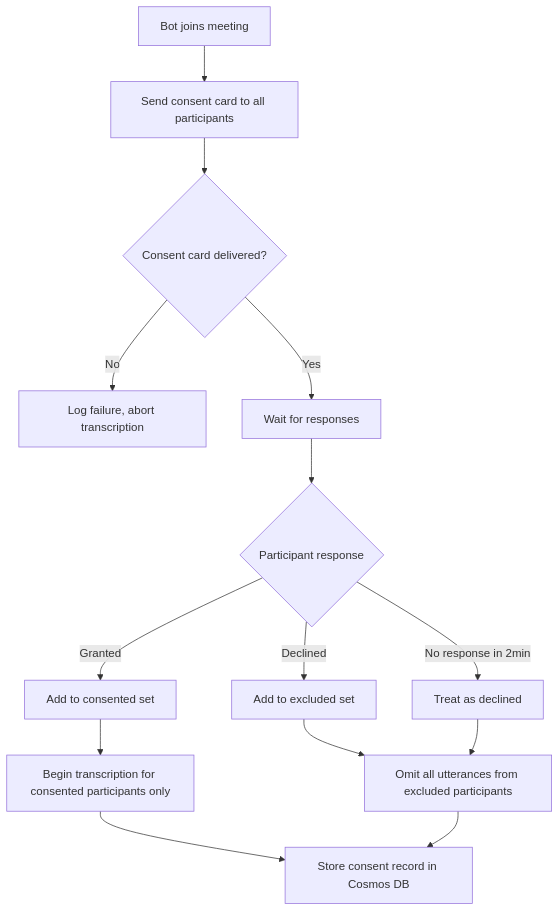
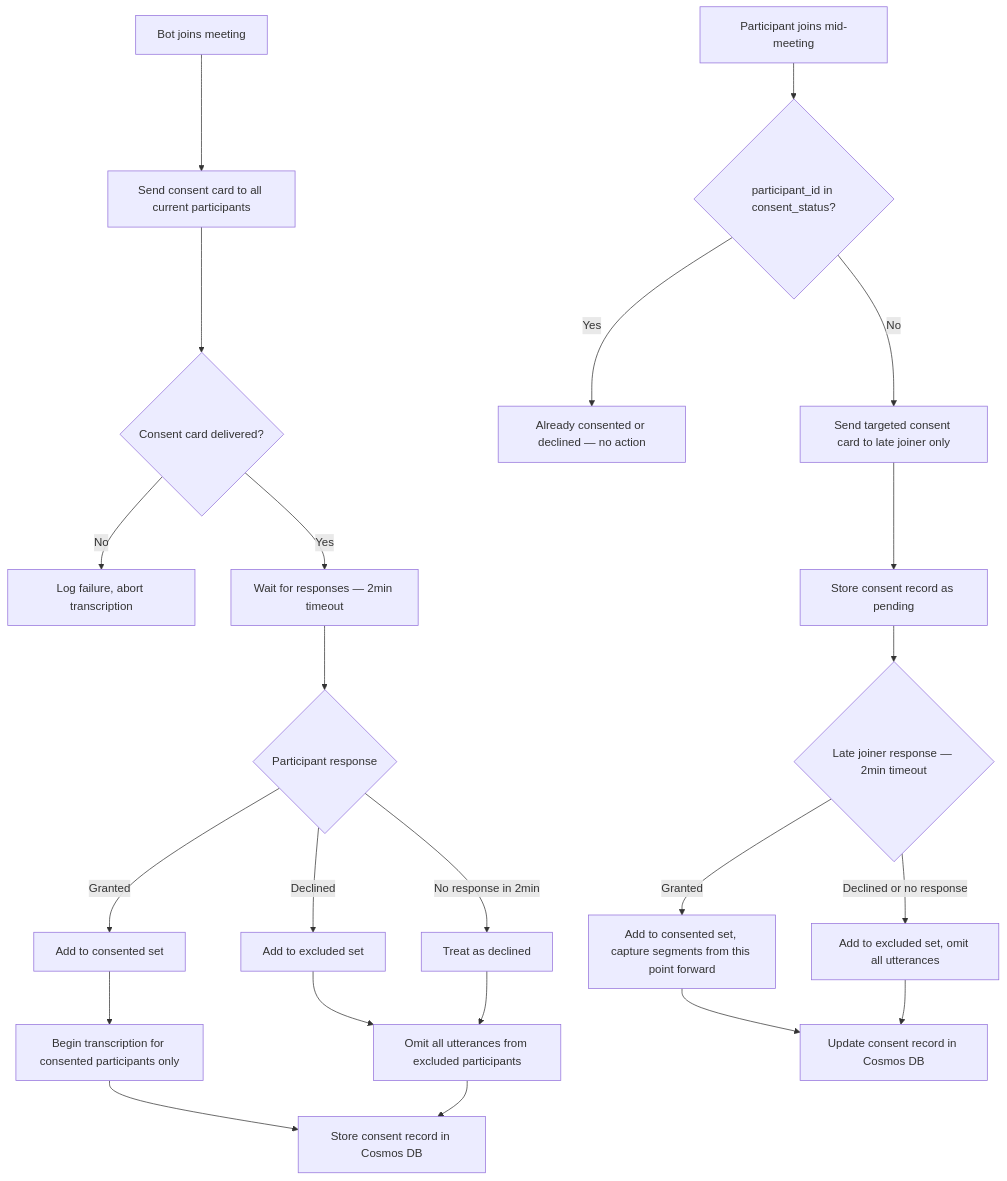
Before and after one commit to atieqrehman11/meeting-analyzer: the fourth of 4 diagrams in .kiro/specs/meeting-analyzer-specs/design.md, drawn with Mermaid. The commit also changed other lines of this file and 65 other files, not shown here.

````diff
--- a/.kiro/specs/meeting-analyzer-specs/design.md
+++ b/.kiro/specs/meeting-analyzer-specs/design.md
@@ -768,16 +1142,26 @@
 ```mermaid
 flowchart TD
-    A[Bot joins meeting] --> B[Send consent card to all participants]
+    A[Bot joins meeting] --> B[Send consent card to all current participants]
     B --> C{Consent card delivered?}
     C -- No --> D[Log failure, abort transcription]
-    C -- Yes --> E[Wait for responses]
+    C -- Yes --> E[Wait for responses — 2min timeout]
     E --> F{Participant response}
     F -- Granted --> G[Add to consented set]
     F -- Declined --> H[Add to excluded set]
     F -- No response in 2min --> I[Treat as declined]
     G --> J[Begin transcription for consented participants only]
     H --> K[Omit all utterances from excluded participants]
     I --> K
     J --> L[Store consent record in Cosmos DB]
     K --> L
+
+    M[Participant joins mid-meeting] --> N{participant_id in consent_status?}
+    N -- Yes --> O[Already consented or declined — no action]
+    N -- No --> P[Send targeted consent card to late joiner only]
+    P --> Q[Store consent record as pending]
+    Q --> R{Late joiner response — 2min timeout}
+    R -- Granted --> S[Add to consented set, capture segments from this point forward]
+    R -- Declined or no response --> T[Add to excluded set, omit all utterances]
+    S --> U[Update consent record in Cosmos DB]
+    T --> U
 ```
````
